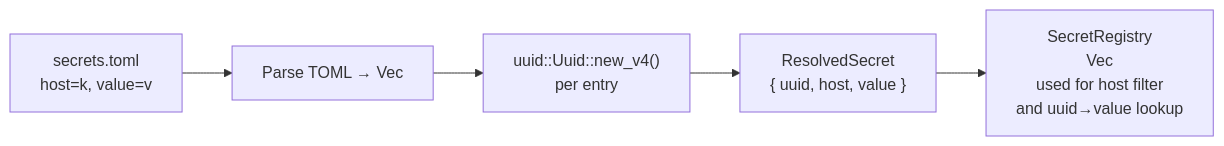
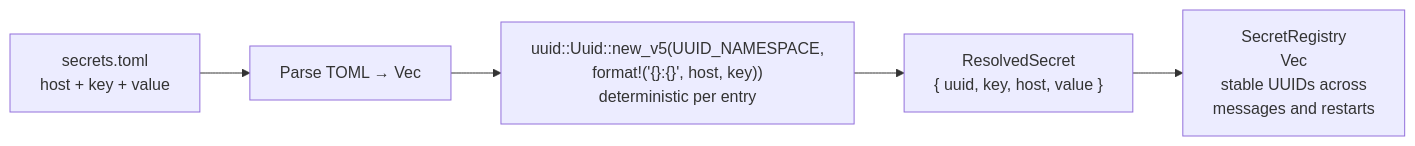
One commit to cosmoswafer/rockbot changed the third of 6 diagrams in _dfd/interception/secret-interception.md. Above: the diagram before and after it, drawn with Mermaid. The commit also changed other lines of this file and 1 other file, not shown here.

First line of the commit message:
refactor: secrets.toml dummy data gate reads real file, sanitizes values

````diff
--- a/_dfd/interception/secret-interception.md
+++ b/_dfd/interception/secret-interception.md
@@ -127,13 +132,13 @@
 ```mermaid
 flowchart LR
-    TOML["secrets.toml<br/>host=k, value=v"]
+    TOML["secrets.toml<br/>host + key + value"]
     PARSE[Parse TOML → Vec<SecretEntry>]
-    UUID["uuid::Uuid::new_v4()<br/>per entry"]
-    MAP["ResolvedSecret<br/>{ uuid, host, value }"]
-    REGISTRY["SecretRegistry<br/>Vec<ResolvedSecret><br/>used for host filter<br/>and uuid→value lookup"]
+    UUID["uuid::Uuid::new_v5(UUID_NAMESPACE,<br/>format!('{}:{}', host, key))<br/>deterministic per entry"]
+    MAP["ResolvedSecret<br/>{ uuid, key, host, value }"]
+    REGISTRY["SecretRegistry<br/>Vec<ResolvedSecret><br/>stable UUIDs across<br/>messages and restarts"]
 
     TOML --> PARSE
     PARSE --> UUID
     UUID --> MAP
     MAP --> REGISTRY
 ```
````
